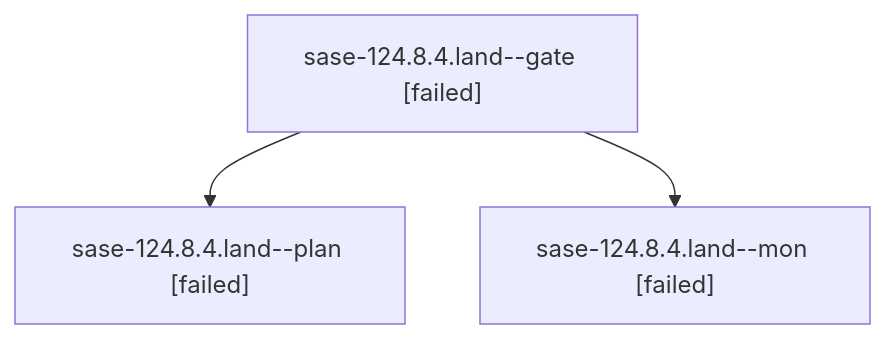
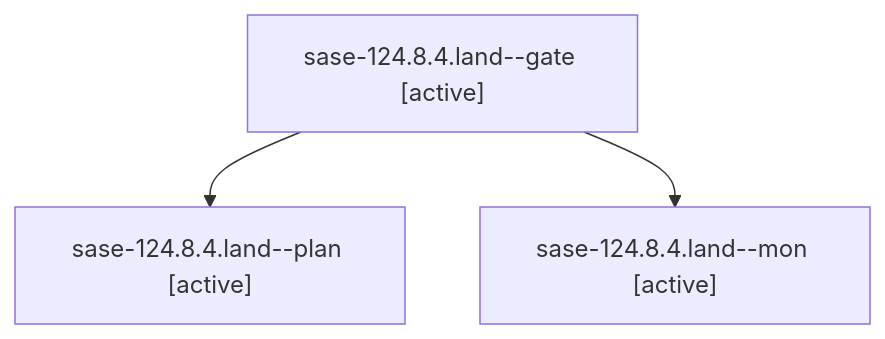
Before and after one commit to sase-org/sase--agents: the diagram in families/bbugyi200.athena.sase-124.8.4.land.md, drawn with Mermaid. The commit also changed other lines of this file and 35830 other files, not shown here.

````diff
--- a/families/bbugyi200.athena.sase-124.8.4.land.md
+++ b/families/bbugyi200.athena.sase-124.8.4.land.md
@@ -9,8 +9,8 @@
 ```mermaid
 flowchart TD
-  n0["sase-124.8.4.land--gate [failed]"]
-  n1["sase-124.8.4.land--plan [failed]"]
+  n0["sase-124.8.4.land--gate [active]"]
+  n1["sase-124.8.4.land--plan [active]"]
   n0 --> n1
-  n2["sase-124.8.4.land--mon [failed]"]
+  n2["sase-124.8.4.land--mon [active]"]
   n0 --> n2
 ```
````
